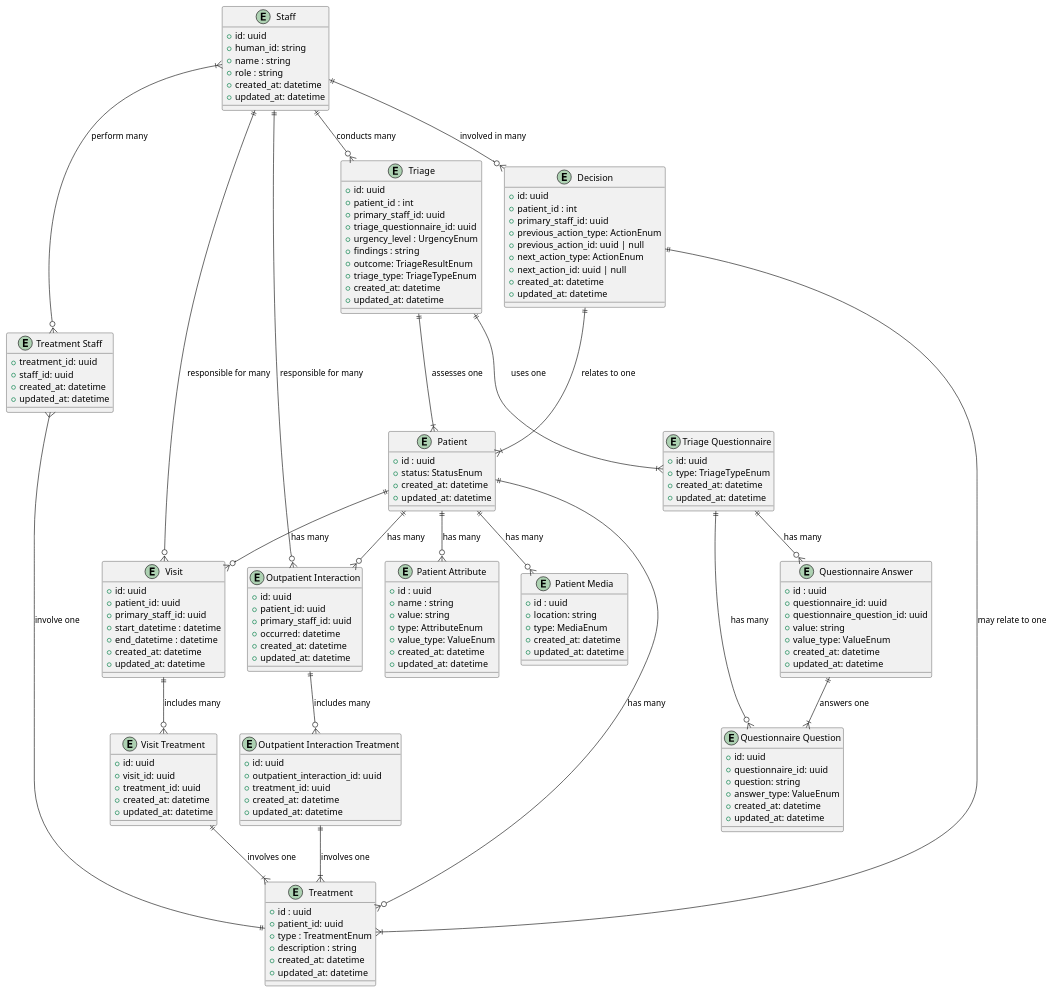
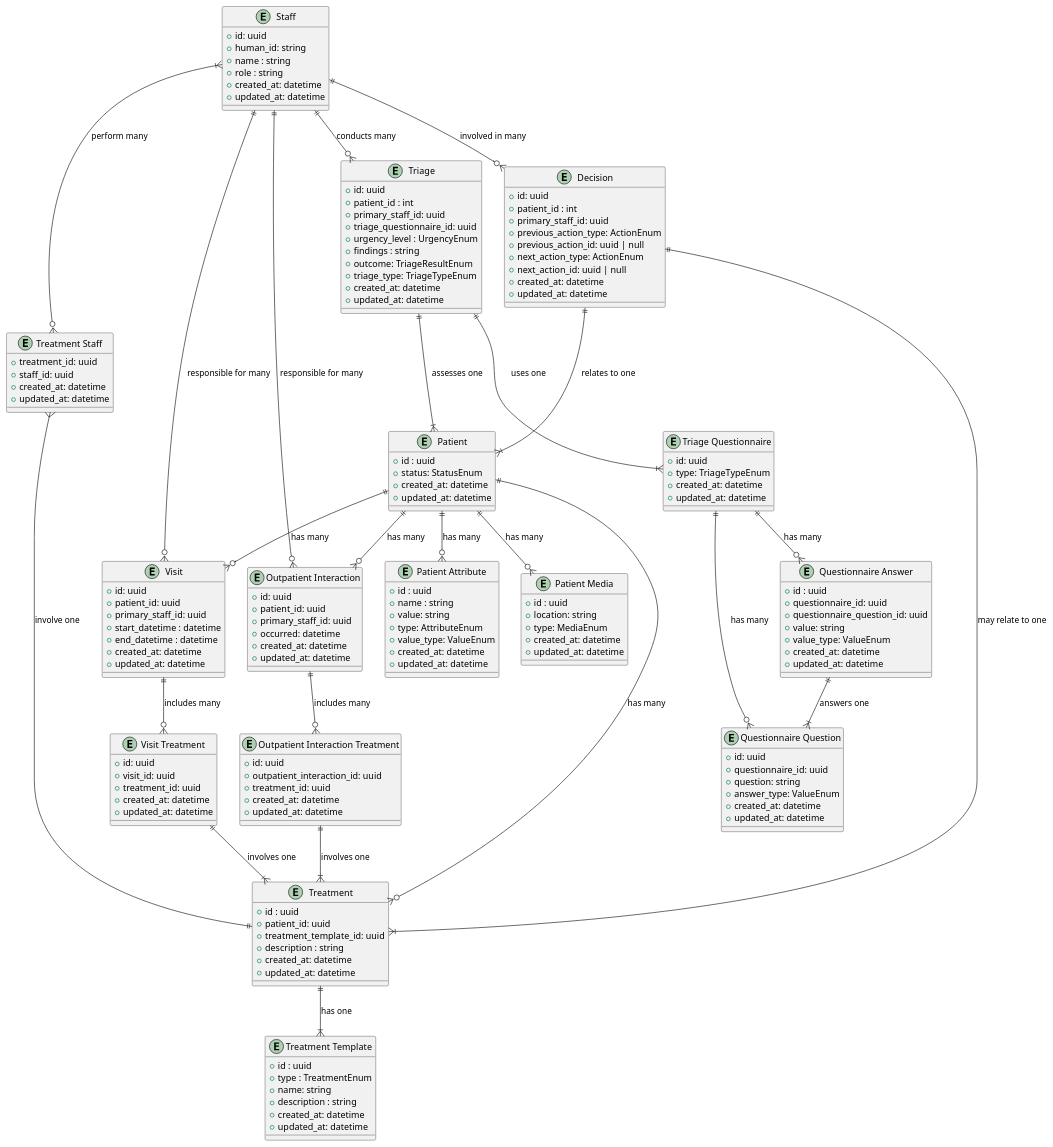
The diagram in puml/data-entities.puml (jcbashdown/case-study), drawn with PlantUML before and after one commit. The commit also changed 1 other file, not shown here.

Commit message:
Add treatment template

```diff
--- a/puml/data-entities.puml
+++ b/puml/data-entities.puml
@@ -1,154 +1,163 @@
 @startuml
 
 entity "Patient" as Patient {
     + id : uuid
     + status: StatusEnum
     + created_at: datetime 
     + updated_at: datetime 
 }
 entity "Patient Attribute" as PatientAttribute {
     + id : uuid
     + name : string
     + value: string
     + type: AttributeEnum 
     + value_type: ValueEnum 
     + created_at: datetime 
     + updated_at: datetime 
 }
 entity "Patient Media" as PatientMedia {
     + id : uuid
     + location: string
     + type: MediaEnum
     + created_at: datetime 
     + updated_at: datetime 
 }
 
 entity "Treatment" as Treatment{
     + id : uuid 
     + patient_id: uuid 
+    + treatment_template_id: uuid 
+    + description : string
+    + created_at: datetime 
+    + updated_at: datetime 
+}
+entity "Treatment Template" as TreatmentTemplate{
+    + id : uuid 
     + type : TreatmentEnum 
+    + name: string
     + description : string
     + created_at: datetime 
     + updated_at: datetime 
 }
 entity "Treatment Staff" as TreatmentStaff {
     + treatment_id: uuid 
     + staff_id: uuid 
     + created_at: datetime 
     + updated_at: datetime 
 }
 
 entity "Staff" as Staff {
     + id: uuid
     + human_id: string 
     + name : string
     + role : string
     + created_at: datetime 
     + updated_at: datetime 
 }
 
 entity "Visit" as Visit {
     + id: uuid
     + patient_id: uuid
     + primary_staff_id: uuid 
     + start_datetime : datetime
     + end_datetime : datetime
     + created_at: datetime 
     + updated_at: datetime 
 }
 entity "Visit Treatment" as VisitTreatment {
     + id: uuid
     + visit_id: uuid
     + treatment_id: uuid
     + created_at: datetime 
     + updated_at: datetime 
 }
 entity "Outpatient Interaction" as OutpatientInteraction {
     + id: uuid
     + patient_id: uuid
     + primary_staff_id: uuid 
     + occurred: datetime
     + created_at: datetime 
     + updated_at: datetime 
 }
 entity "Outpatient Interaction Treatment" as OutpatientInteractionTreatment {
     + id: uuid
     + outpatient_interaction_id: uuid
     + treatment_id: uuid
     + created_at: datetime 
     + updated_at: datetime 
 }
 entity "Triage" as Triage {
     + id: uuid 
     + patient_id : int
     + primary_staff_id: uuid 
     + triage_questionnaire_id: uuid 
     + urgency_level : UrgencyEnum 
     + findings : string
     + outcome: TriageResultEnum 
     + triage_type: TriageTypeEnum 
     + created_at: datetime 
     + updated_at: datetime 
 }
 entity "Triage Questionnaire" as TriageQuestionnaire {
     + id: uuid 
     + type: TriageTypeEnum 
     + created_at: datetime 
     + updated_at: datetime 
 }
 entity "Questionnaire Question" as QuestionnaireQuestion {
     + id: uuid 
     + questionnaire_id: uuid 
     + question: string 
     + answer_type: ValueEnum
     + created_at: datetime 
     + updated_at: datetime 
 }
 entity "Questionnaire Answer" as QuestionnaireAnswer {
     + id : uuid
     + questionnaire_id: uuid
     + questionnaire_question_id: uuid
     + value: string
     + value_type: ValueEnum 
     + created_at: datetime 
     + updated_at: datetime 
 }
 entity "Decision" as Decision {
     + id: uuid 
     + patient_id : int
     + primary_staff_id: uuid 
     + previous_action_type: ActionEnum
     + previous_action_id: uuid | null
     + next_action_type: ActionEnum
     + next_action_id: uuid | null
     + created_at: datetime 
     + updated_at: datetime 
 }
 
 Patient ||--o{ PatientAttribute : "has many"
 Patient ||--o{ PatientMedia : "has many"
 Patient ||--o{ Treatment : "has many"
 Patient ||--o{ Visit : "has many"
 Patient ||--o{ OutpatientInteraction : "has many"
 Decision ||--|{ Patient: "relates to one"
 Decision ||--|{ Treatment: "may relate to one"
 
 Staff }|--o{ TreatmentStaff : "perform many"
 TreatmentStaff }--|| Treatment : "involve one"
 Staff ||--o{ Visit : "responsible for many"
 Staff ||--o{ OutpatientInteraction : "responsible for many"
 Staff ||--o{ Triage : "conducts many"
 Staff ||--o{ Decision : "involved in many"
 
 
 Visit ||--o{ VisitTreatment : "includes many"
 VisitTreatment ||--|{ Treatment : "involves one"
 OutpatientInteraction ||--o{ OutpatientInteractionTreatment : "includes many"
 OutpatientInteractionTreatment ||--|{ Treatment : "involves one"
 Triage ||--|{ Patient : "assesses one"
 Triage ||--|{ TriageQuestionnaire: "uses one"
 TriageQuestionnaire ||--o{ QuestionnaireQuestion : "has many"
 TriageQuestionnaire ||--o{ QuestionnaireAnswer: "has many"
 QuestionnaireAnswer ||--|{ QuestionnaireQuestion : "answers one"
+Treatment ||--|{ TreatmentTemplate: "has one"
 
 @enduml
```
